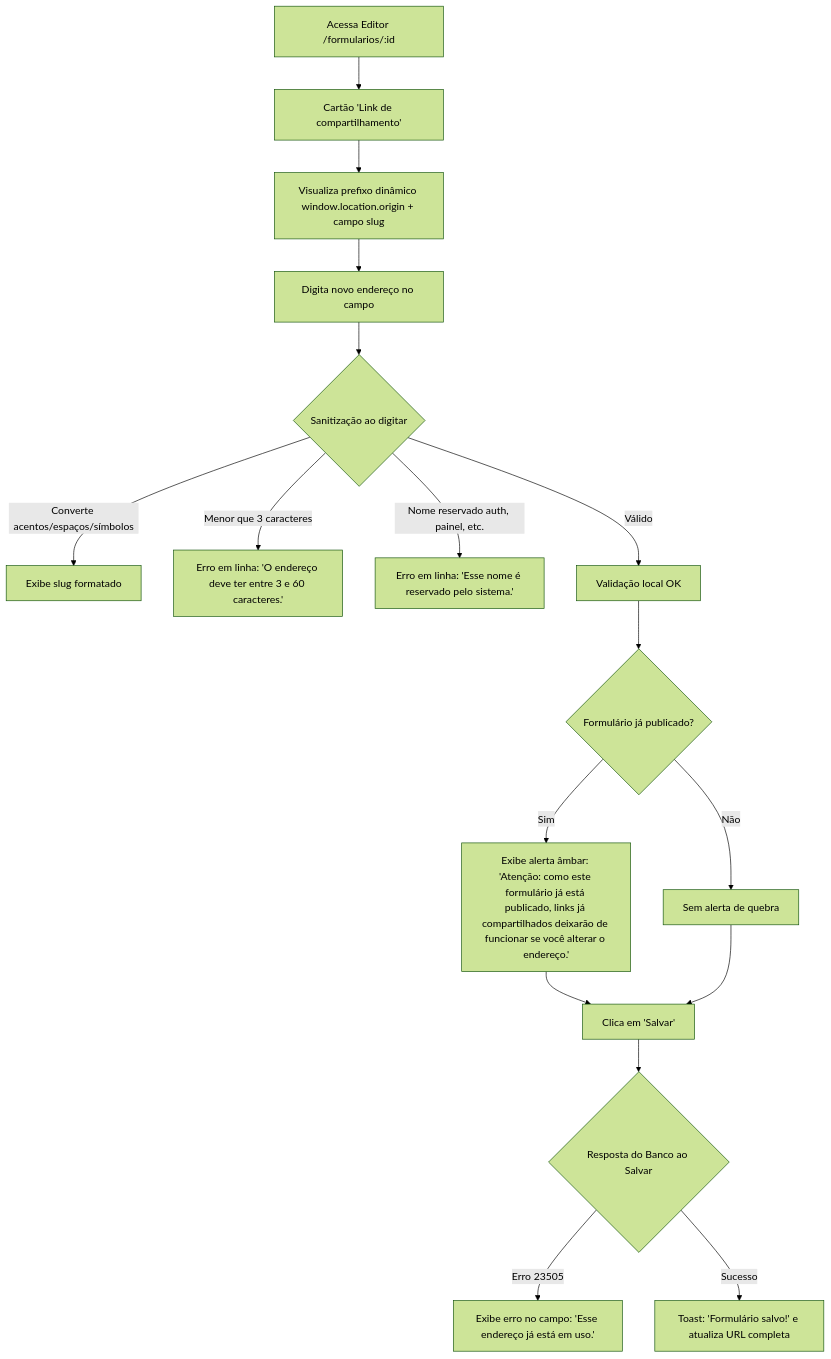
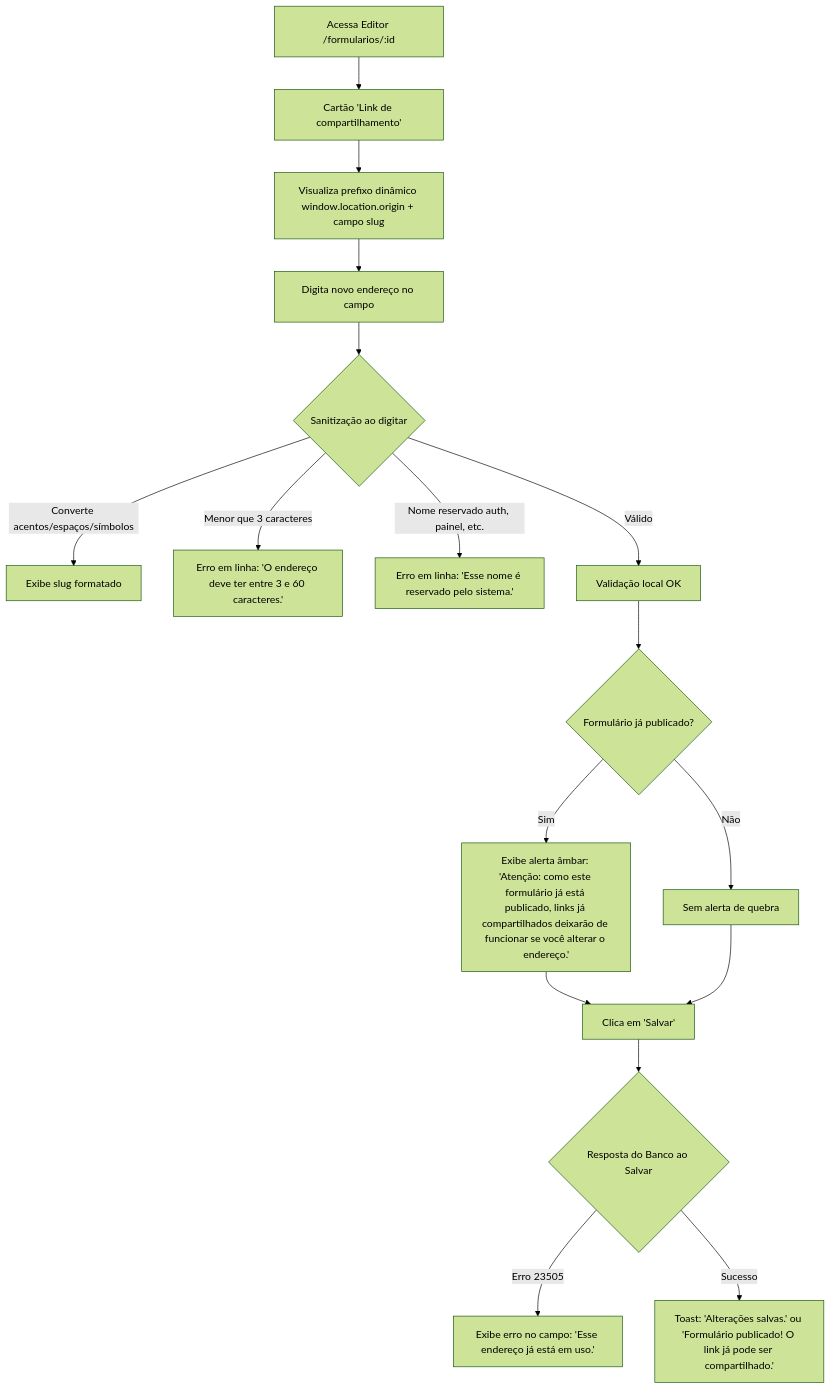
One commit to ThiagoMiranda40/form-builder-pro changed the first of 5 diagrams in specs/001-fase-0-no-ar/design/ui-ux.md. Above: the diagram before and after it, drawn with Mermaid (forest theme). The commit also changed other lines of this file and 3 other files, not shown here.

````diff
--- a/specs/001-fase-0-no-ar/design/ui-ux.md
+++ b/specs/001-fase-0-no-ar/design/ui-ux.md
@@ -50,19 +52,19 @@
   ```mermaid
   flowchart TD
       A[Acessa Editor /formularios/:id] --> B[Cartão 'Link de compartilhamento']
       B --> C[Visualiza prefixo dinâmico window.location.origin + campo slug]
       C --> D[Digita novo endereço no campo]
       D --> E{Sanitização ao digitar}
       E -->|Converte acentos/espaços/símbolos| F[Exibe slug formatado]
       E -->|Menor que 3 caracteres| G[Erro em linha: 'O endereço deve ter entre 3 e 60 caracteres.']
       E -->|Nome reservado auth, painel, etc.| H[Erro em linha: 'Esse nome é reservado pelo sistema.']
       E -->|Válido| I[Validação local OK]
       I --> J{Formulário já publicado?}
       J -->|Sim| K[Exibe alerta âmbar: 'Atenção: como este formulário já está publicado, links já compartilhados deixarão de funcionar se você alterar o endereço.']
       J -->|Não| L[Sem alerta de quebra]
       K --> M[Clica em 'Salvar']
       L --> M
       M --> N{Resposta do Banco ao Salvar}
       N -->|Erro 23505| O[Exibe erro no campo: 'Esse endereço já está em uso.']
-      N -->|Sucesso| P[Toast: 'Formulário salvo!' e atualiza URL completa]
+      N -->|Sucesso| P[Toast: 'Alterações salvas.' ou 'Formulário publicado! O link já pode ser compartilhado.']
   ```
````
